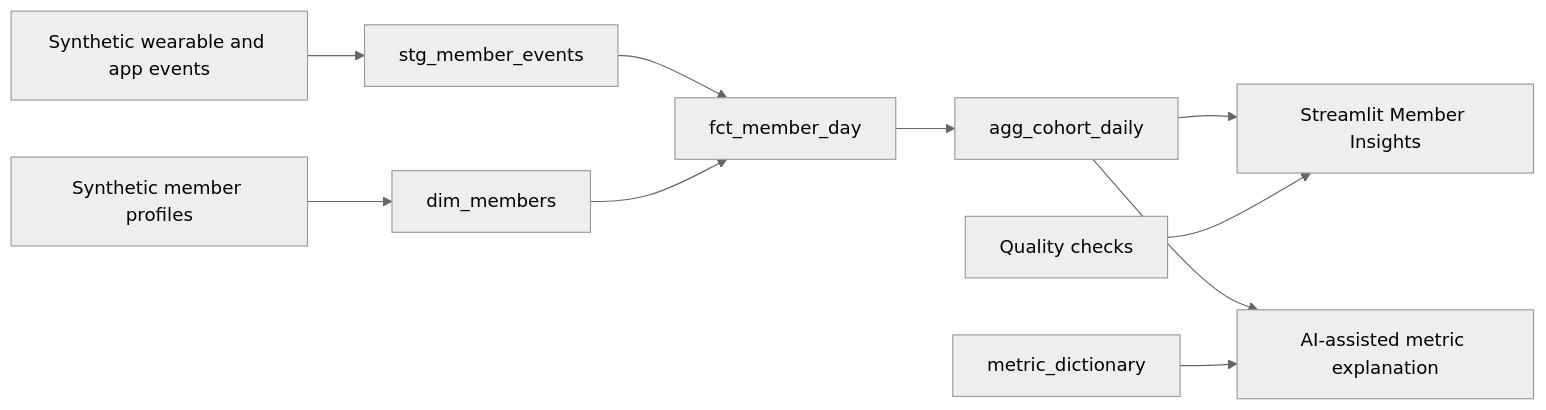
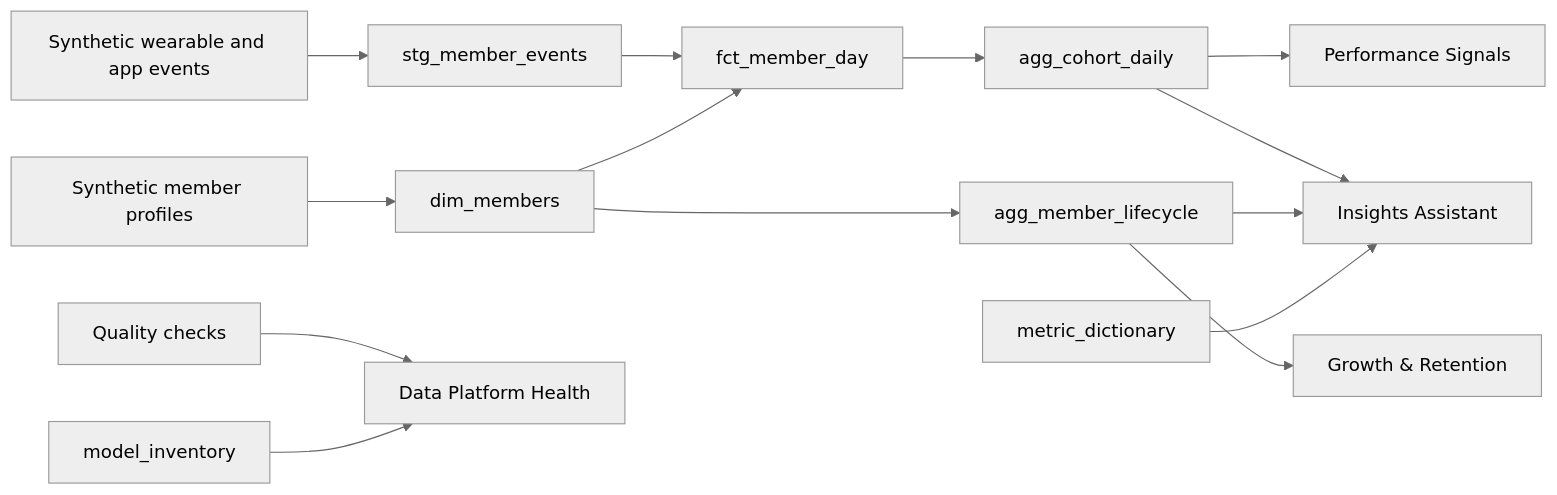
One commit to ravi-rajpurohit-gh/member-insights changed the diagram in README.md. Above: the diagram before and after it, drawn with Mermaid (neutral theme). The commit also changed other lines of this file and 1 other file, not shown here.

````diff
--- a/README.md
+++ b/README.md
@@ -86,12 +86,16 @@
 ```mermaid
 flowchart LR
     A["Synthetic wearable and app events"] --> B["stg_member_events"]
     C["Synthetic member profiles"] --> D["dim_members"]
     B --> E["fct_member_day"]
     D --> E
     E --> F["agg_cohort_daily"]
-    F --> G["Streamlit Member Insights"]
-    F --> H["AI-assisted metric explanation"]
-    I["Quality checks"] --> G
+    D --> L["agg_member_lifecycle"]
+    F --> G["Performance Signals"]
+    L --> R["Growth & Retention"]
+    F --> H["Insights Assistant"]
+    L --> H
+    I["Quality checks"] --> P["Data Platform Health"]
     J["metric_dictionary"] --> H
+    K["model_inventory"] --> P
 ```
````
